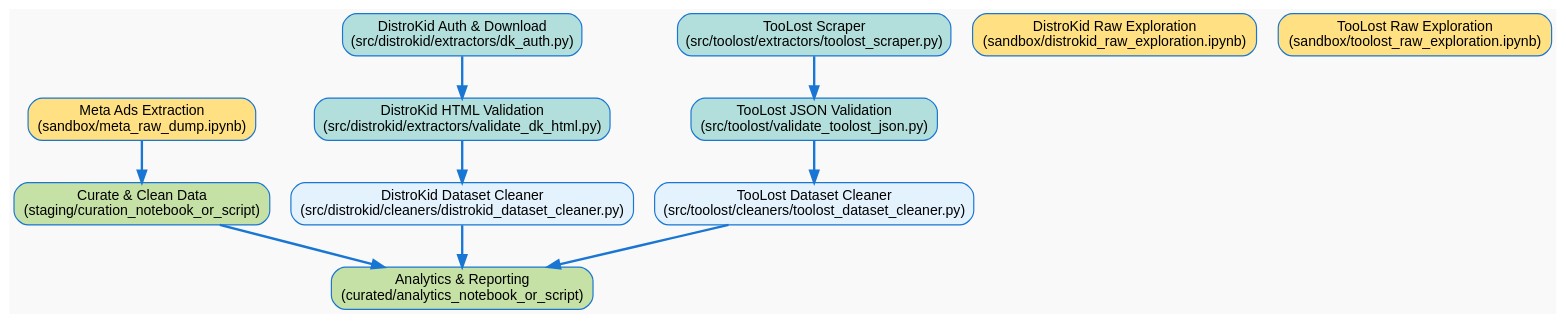
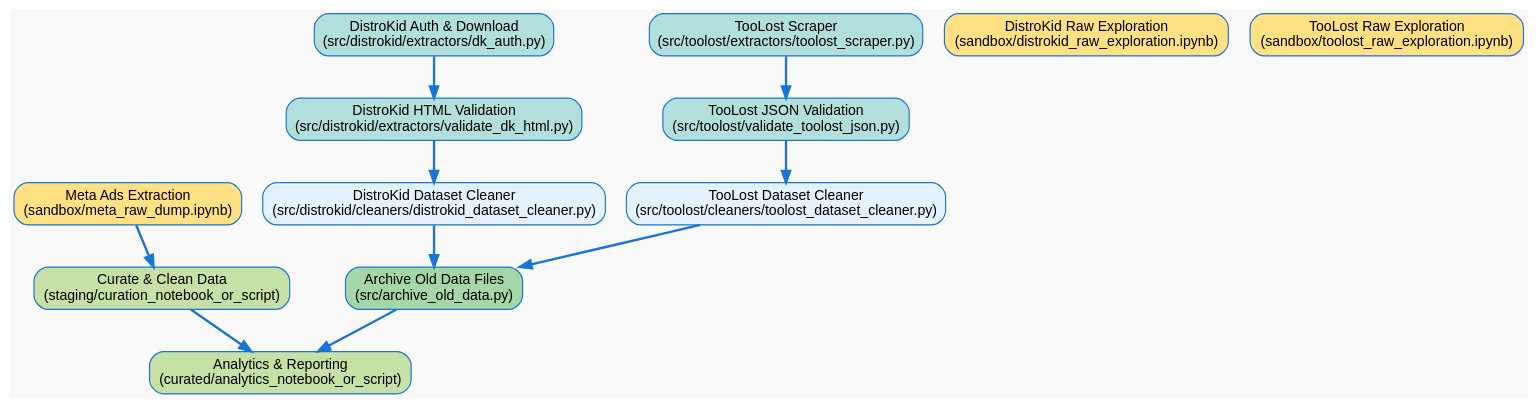
The diagram in cronjob/data_lake_cron_flow.dot (blakedemarest/bedrot-data-lake), drawn with Graphviz before and after one commit. The commit also changed 31 other files, not shown here.

```diff
--- a/cronjob/data_lake_cron_flow.dot
+++ b/cronjob/data_lake_cron_flow.dot
@@ -1,31 +1,34 @@
 digraph DataLakeCronJob {
     rankdir=TB;
     bgcolor="#f9f9f9";
     node [shape=box, style="filled,rounded", fillcolor="#e3f2fd", fontname="Arial", fontsize=12, color="#1976d2"];
     edge [color="#1976d2", penwidth=2];
 
     // Extraction & Validation Scripts
     "Meta Ads Extraction\n(sandbox/meta_raw_dump.ipynb)" [fillcolor="#ffe082"];
     "DistroKid Auth & Download\n(src/distrokid/extractors/dk_auth.py)" [fillcolor="#b2dfdb"];
     "DistroKid HTML Validation\n(src/distrokid/extractors/validate_dk_html.py)" [fillcolor="#b2dfdb"];
     "TooLost Scraper\n(src/toolost/extractors/toolost_scraper.py)" [fillcolor="#b2dfdb"];
     "TooLost JSON Validation\n(src/toolost/validate_toolost_json.py)" [fillcolor="#b2dfdb"];
 
     // Notebooks for Exploration/Cleaning
     "DistroKid Raw Exploration\n(sandbox/distrokid_raw_exploration.ipynb)" [fillcolor="#ffe082"];
     "TooLost Raw Exploration\n(sandbox/toolost_raw_exploration.ipynb)" [fillcolor="#ffe082"];
 
     // Curation/Analytics
     "Curate & Clean Data\n(staging/curation_notebook_or_script)" [fillcolor="#c5e1a5"];
     "Analytics & Reporting\n(curated/analytics_notebook_or_script)" [fillcolor="#c5e1a5"];
+    // Maintenance/Archiving (2025-05-27-cronjob-automation)
+    "Archive Old Data Files\n(src/archive_old_data.py)" [fillcolor="#a5d6a7"];
 
     // Flow
     "Meta Ads Extraction\n(sandbox/meta_raw_dump.ipynb)" -> "Curate & Clean Data\n(staging/curation_notebook_or_script)";
     "DistroKid Auth & Download\n(src/distrokid/extractors/dk_auth.py)" -> "DistroKid HTML Validation\n(src/distrokid/extractors/validate_dk_html.py)";
     "DistroKid HTML Validation\n(src/distrokid/extractors/validate_dk_html.py)" -> "DistroKid Dataset Cleaner\n(src/distrokid/cleaners/distrokid_dataset_cleaner.py)";
-    "DistroKid Dataset Cleaner\n(src/distrokid/cleaners/distrokid_dataset_cleaner.py)" -> "Analytics & Reporting\n(curated/analytics_notebook_or_script)";
+    "DistroKid Dataset Cleaner\n(src/distrokid/cleaners/distrokid_dataset_cleaner.py)" -> "Archive Old Data Files\n(src/archive_old_data.py)";
     "TooLost Scraper\n(src/toolost/extractors/toolost_scraper.py)" -> "TooLost JSON Validation\n(src/toolost/validate_toolost_json.py)";
     "TooLost JSON Validation\n(src/toolost/validate_toolost_json.py)" -> "TooLost Dataset Cleaner\n(src/toolost/cleaners/toolost_dataset_cleaner.py)";
-    "TooLost Dataset Cleaner\n(src/toolost/cleaners/toolost_dataset_cleaner.py)" -> "Analytics & Reporting\n(curated/analytics_notebook_or_script)";
+    "TooLost Dataset Cleaner\n(src/toolost/cleaners/toolost_dataset_cleaner.py)" -> "Archive Old Data Files\n(src/archive_old_data.py)";
+    "Archive Old Data Files\n(src/archive_old_data.py)" -> "Analytics & Reporting\n(curated/analytics_notebook_or_script)";
     "Curate & Clean Data\n(staging/curation_notebook_or_script)" -> "Analytics & Reporting\n(curated/analytics_notebook_or_script)";
 }
```
